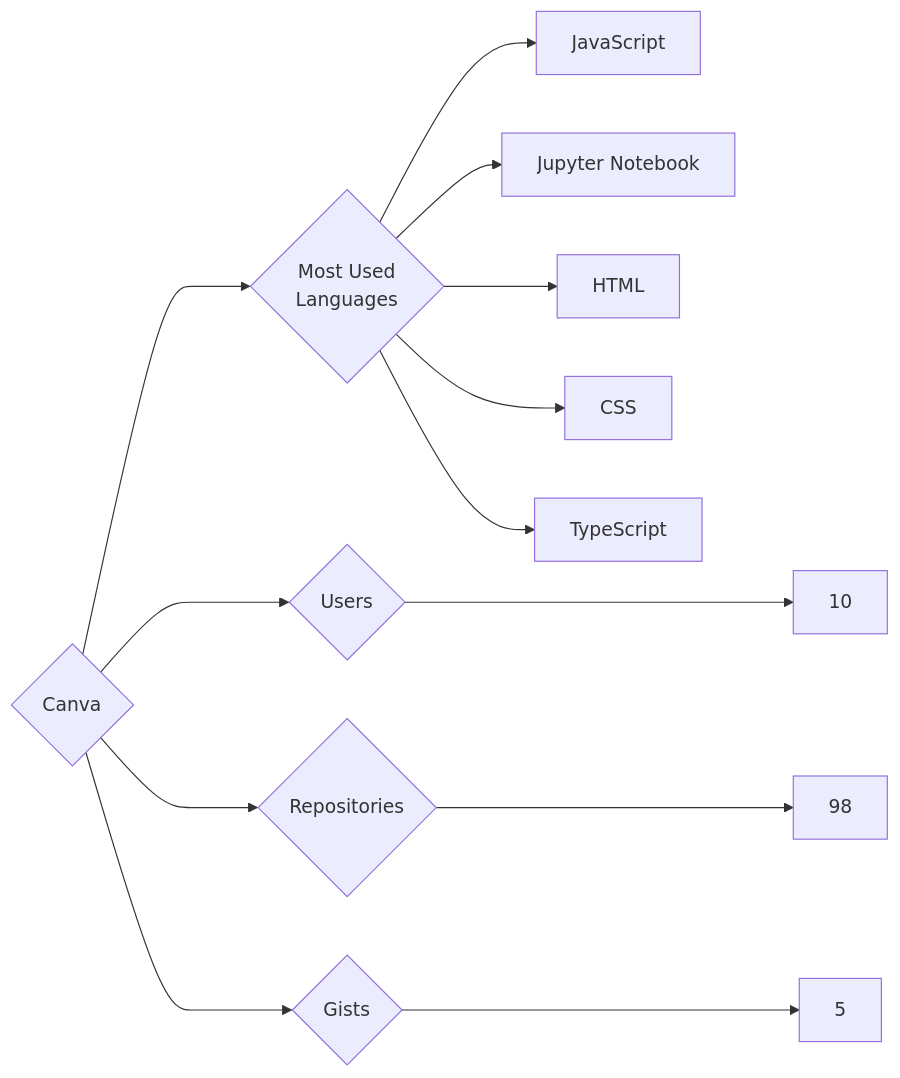
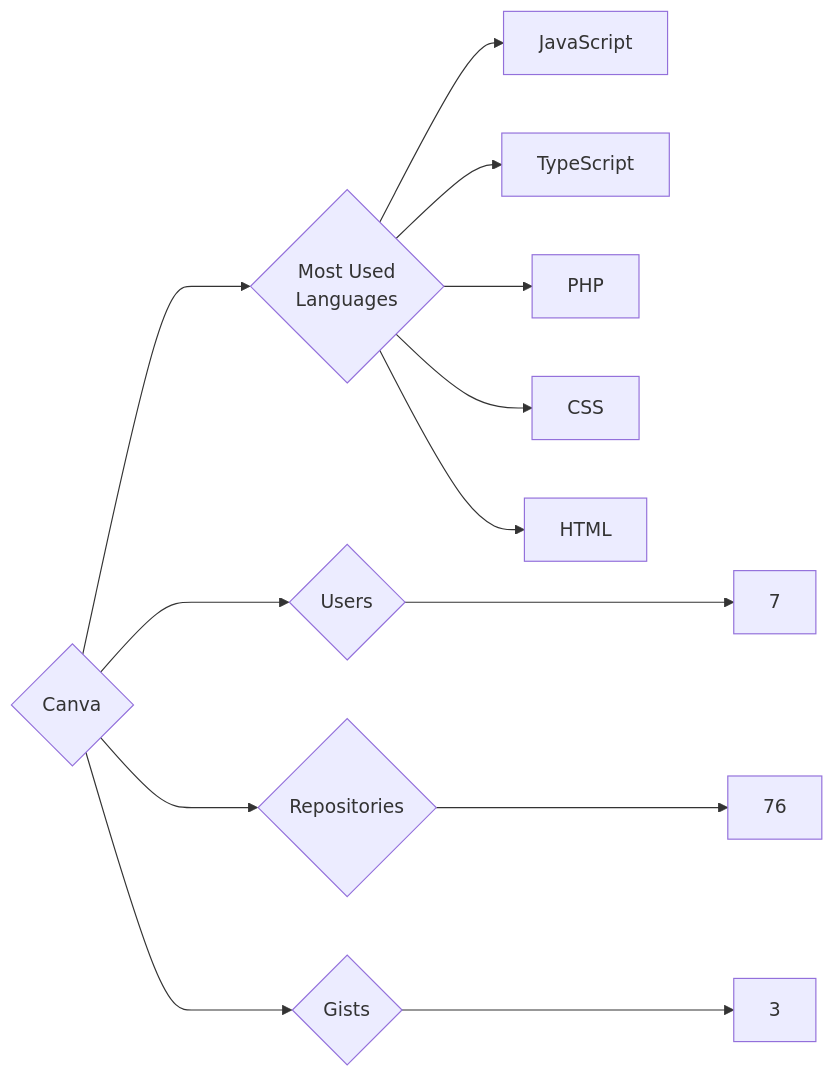
Before and after one commit to trickest/insiders: the diagram in targets/Canva/README.md, drawn with Mermaid. The commit also changed 1120 other files, not shown here.

````diff
--- a/targets/Canva/README.md
+++ b/targets/Canva/README.md
@@ -3,13 +3,13 @@
 ```mermaid
 graph LR
 COMPANY_NAME{Canva}
-COMPANY_NAME ---> U{Users} ---> UN[10]
-COMPANY_NAME ---> R{Repositories} ---> RN[98]
-COMPANY_NAME ---> G{Gists} ---> GN[5]
+COMPANY_NAME ---> U{Users} ---> UN[7]
+COMPANY_NAME ---> R{Repositories} ---> RN[76]
+COMPANY_NAME ---> G{Gists} ---> GN[3]
 COMPANY_NAME ---> ML{Most Used<br>Languages}
 ML --> JavaScript[JavaScript]
-ML --> Jupyter_Notebook[Jupyter Notebook]
+ML --> TypeScript[TypeScript]
+ML --> PHP[PHP]
+ML --> CSS[CSS]
 ML --> HTML[HTML]
-ML --> CSS[CSS]
-ML --> TypeScript[TypeScript]
 ```
````
